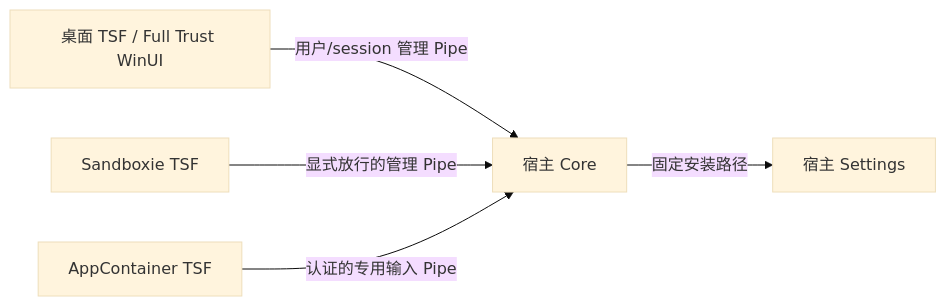
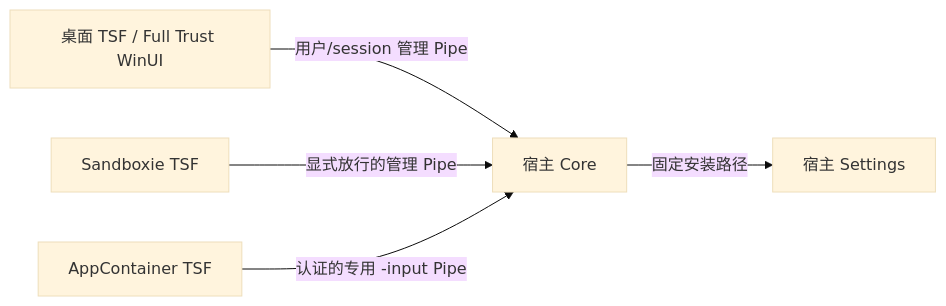
The diagram in docs/windows-modern-apps-design.md (WAAutoMaton/fcitx5-windows), drawn with Mermaid (base theme) before and after one commit. The commit also changed other lines of this file and 16 other files, not shown here.

````diff
--- a/docs/windows-modern-apps-design.md
+++ b/docs/windows-modern-apps-design.md
@@ -30,7 +30,7 @@
 ```mermaid
 flowchart LR
     Desktop[桌面 TSF / Full Trust WinUI] -->|用户/session 管理 Pipe| Core[宿主 Core]
     Sandbox[Sandboxie TSF] -->|显式放行的管理 Pipe| Core
-    App[AppContainer TSF] -->|认证的专用输入 Pipe| Core
+    App[AppContainer TSF] -->|认证的专用 -input Pipe| Core
     Core -->|固定安装路径| Settings[宿主 Settings]
 ```
````
